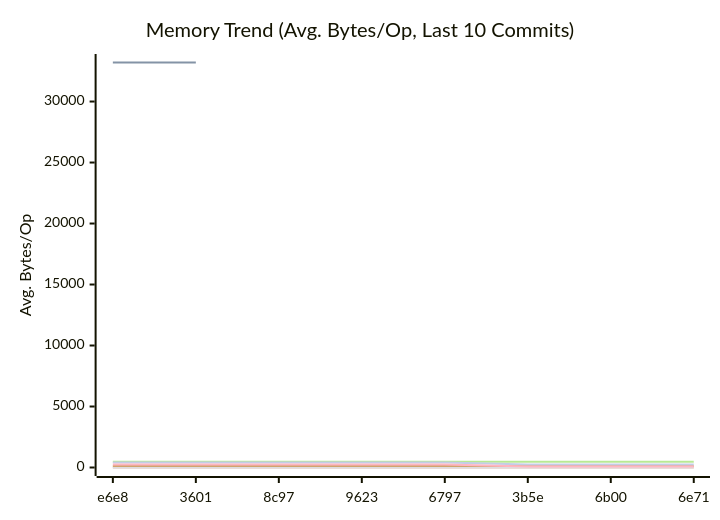
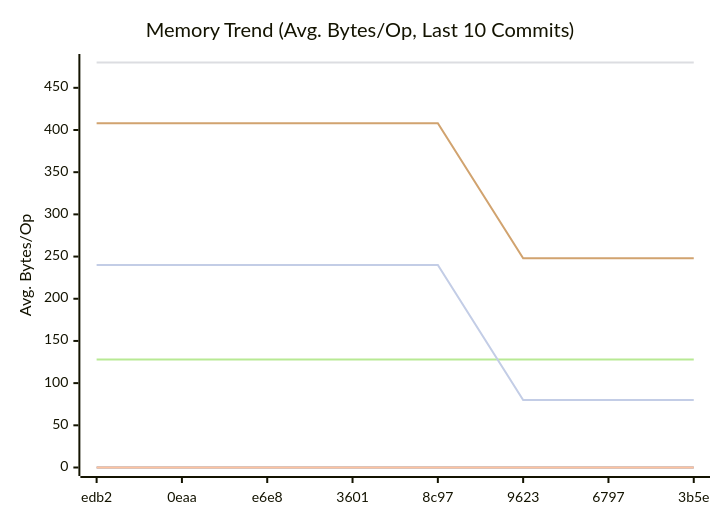
Before and after one commit to alsotoes/momo: the second of 3 diagrams in docs/README.md, drawn with Mermaid. The commit also changed other lines of this file and 10 other files, not shown here.

````diff
--- a/docs/README.md
+++ b/docs/README.md
@@ -323,15 +318,14 @@
 ```mermaid
 xychart-beta
     title "Memory Trend (Avg. Bytes/Op, Last 10 Commits)"
     x-axis "Commit"
     y-axis "Avg. Bytes/Op"
-    x-axis [e6e8,3601,8c97,9623,6797,3b5e,6b00,6e71]
+    x-axis [edb2,0eaa,e6e8,3601,8c97,9623,6797,3b5e]
     line "CheckMetricsAndSwap" [0,0,0,0,0,0,0,0,0,0]
-    line "HashFile" [33200,33200]
     line "IndexDirectTracking" [0,0,0,0,0,0,0,0,0,0]
     line "IndexSearch" [0,0,0,0,0,0,0,0,0,0]
     line "LoadGlobalConfig" [480,480,480,480,480,480,480,480,480,480]
     line "PadString" [128,128,128,128,128,128,128,128,128,128]
     line "ParseReplicationOrder_NoPrealloc" [408,408,408,408,408,248,248,248,248,248]
     line "ParseReplicationOrder_Prealloc" [240,240,240,240,240,80,80,80,80,80]
 ```
````
